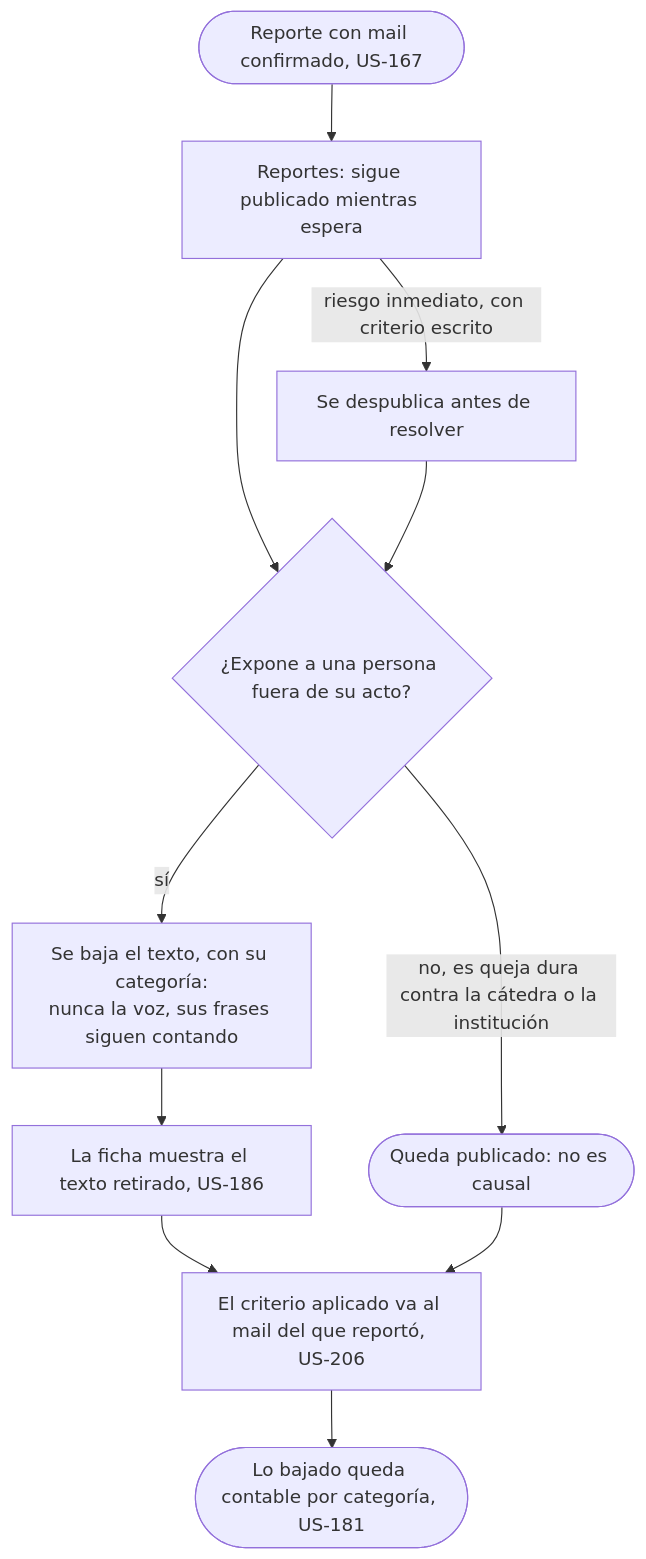
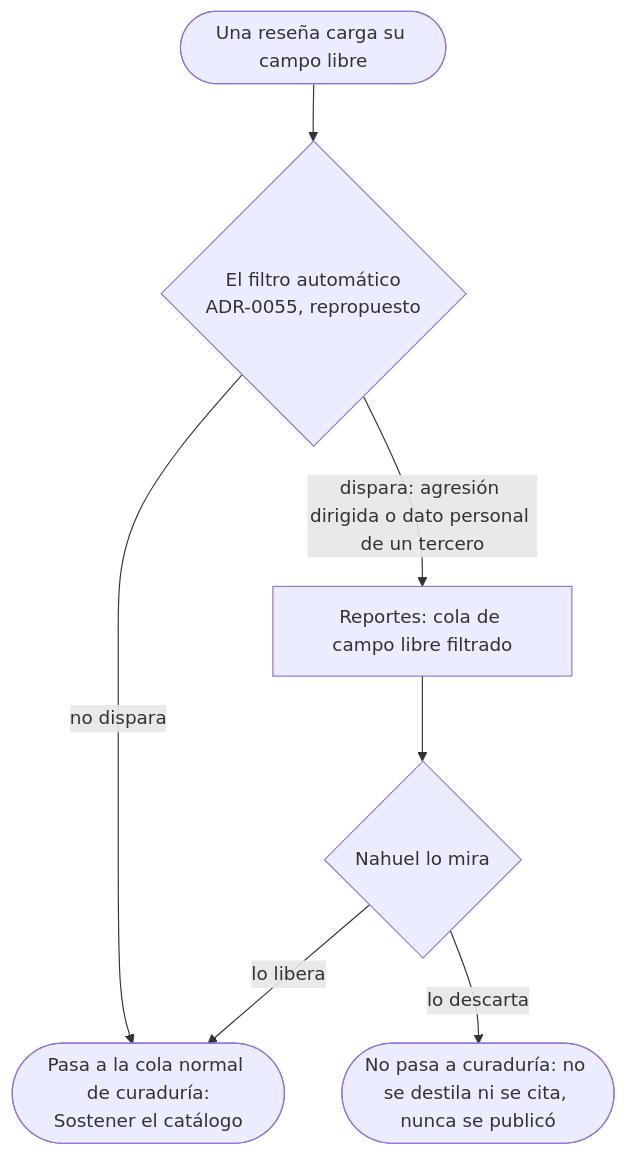
The first of 5 diagrams in docs/product/team/moderate-without-breaking-the-product/flow.md (lucasidev/plan-b), drawn with Mermaid before and after one commit. The commit also changed other lines of this file and 243 other files, not shown here.

````diff
--- a/docs/product/team/moderate-without-breaking-the-product/flow.md
+++ b/docs/product/team/moderate-without-breaking-the-product/flow.md
@@ -7,13 +7,9 @@
 ```mermaid
 flowchart TD
-  A([Reporte con mail confirmado, US-167]) --> B[Reportes: sigue publicado mientras espera]
-  B -->|riesgo inmediato, con criterio escrito| B1[Se despublica antes de resolver]
-  B --> C{¿Expone a una persona fuera de su acto?}
-  B1 --> C
-  C -->|sí| D[Se baja el texto, con su categoría:<br/>nunca la voz, sus frases siguen contando]
-  D --> E[La ficha muestra el texto retirado, US-186]
-  C -->|no, es queja dura contra la cátedra o la institución| F([Queda publicado: no es causal])
-  E --> G[El criterio aplicado va al mail del que reportó, US-206]
-  F --> G
-  G --> H([Lo bajado queda contable por categoría, US-181])
+  A([Una reseña carga su campo libre]) --> B{El filtro automático<br/>ADR-0055, repropuesto}
+  B -->|no dispara| C([Pasa a la cola normal de curaduría:<br/>Sostener el catálogo])
+  B -->|dispara: agresión dirigida o dato personal de un tercero| D[Reportes: cola de campo libre filtrado]
+  D --> E{Nahuel lo mira}
+  E -->|lo libera| C
+  E -->|lo descarta| F([No pasa a curaduría: no se destila ni se cita, nunca se publicó])
 ```
````
